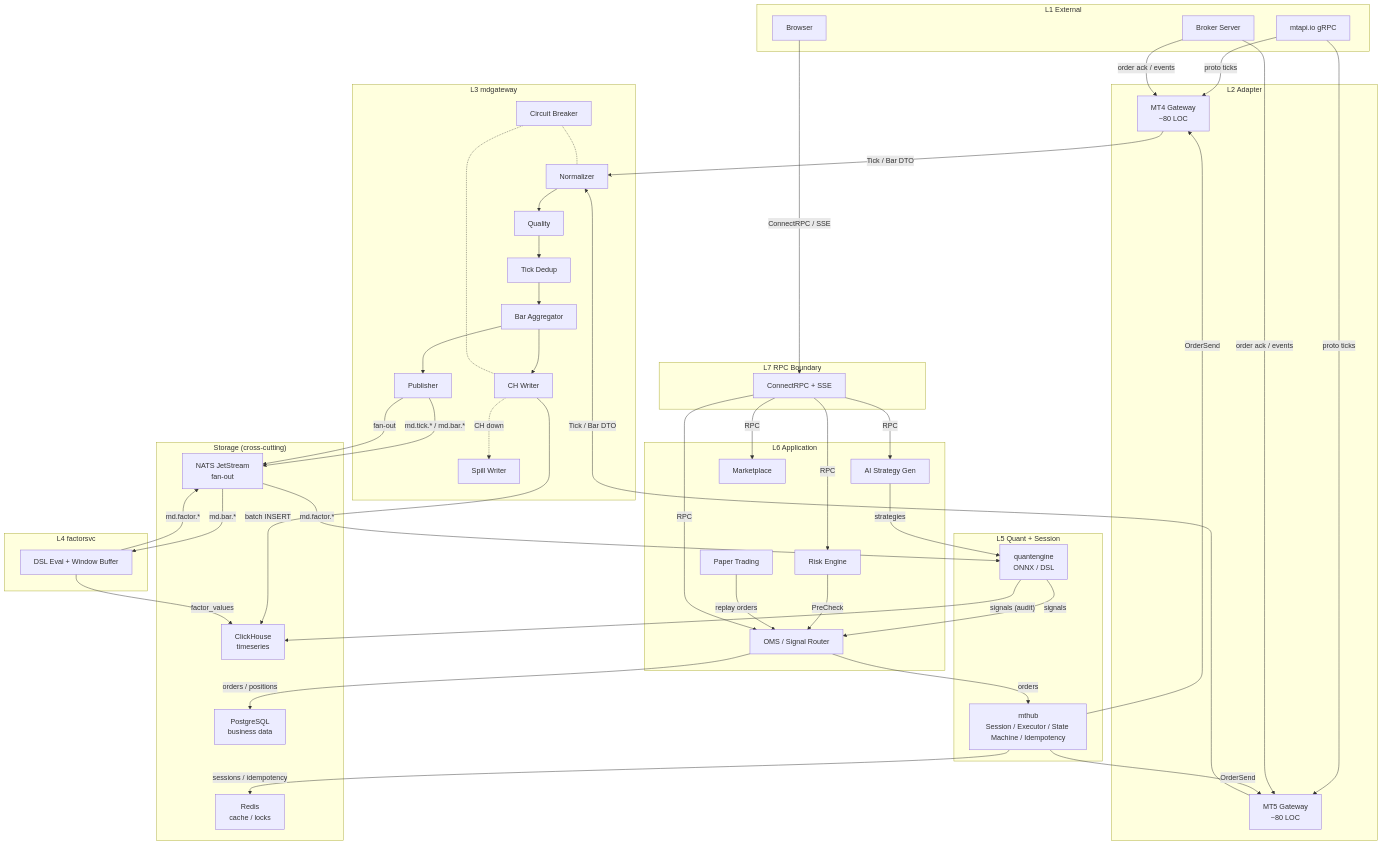
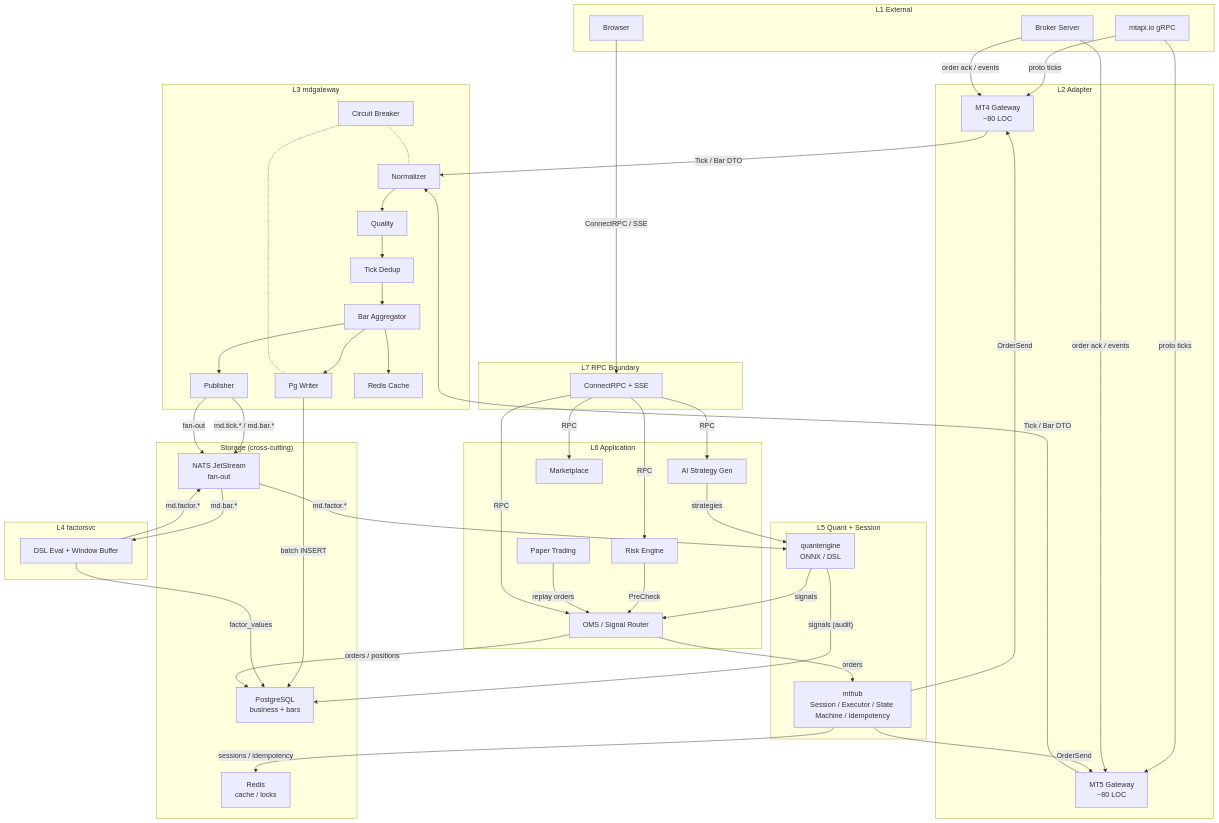
The diagram in docs/spec/00-architecture-overview.md (myfxlogs/ant), drawn with Mermaid before and after one commit. The commit also changed other lines of this file and 46 other files, not shown here.

````diff
--- a/docs/spec/00-architecture-overview.md
+++ b/docs/spec/00-architecture-overview.md
@@ -24,8 +24,8 @@
         dedup["Tick Dedup"]
         agg["Bar Aggregator"]
         pub["Publisher"]
-        chw["CH Writer"]
-        spill["Spill Writer"]
+        pgw["Pg Writer"]
+        rds["Redis Cache"]
         cb["Circuit Breaker"]
     end
 
@@ -51,8 +51,7 @@
     end
 
     subgraph storage["Storage (cross-cutting)"]
-        pg["PostgreSQL<br/>business data"]
-        ch["ClickHouse<br/>timeseries"]
+        pg["PostgreSQL<br/>business + bars"]
         redis["Redis<br/>cache / locks"]
         nats["NATS JetStream<br/>fan-out"]
     end
@@ -69,8 +68,8 @@
     quality --> dedup
     dedup --> agg
     agg --> pub
-    agg --> chw
-    chw -.->|"CH down"| spill
+    agg --> pgw
+    agg --> rds
 
     pub -->|"md.tick.* / md.bar.*"| nats
     nats -->|"md.bar.*"| factor
@@ -89,13 +88,13 @@
     connect -->|"RPC"| oms
     connect -->|"RPC"| mkt
 
-    chw -->|"batch INSERT"| ch
-    factor -->|"factor_values"| ch
-    qe -->|"signals (audit)"| ch
+    pgw -->|"batch INSERT"| pg
+    factor -->|"factor_values"| pg
+    qe -->|"signals (audit)"| pg
     oms -->|"orders / positions"| pg
     mthub -->|"sessions / idempotency"| redis
     pub -->|"fan-out"| nats
 
     cb -.- normalizer
-    cb -.- chw
+    cb -.- pgw
 ```
````
